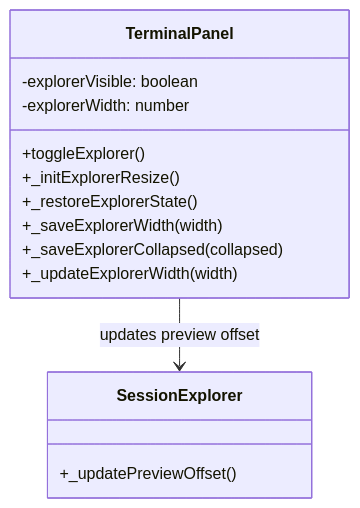
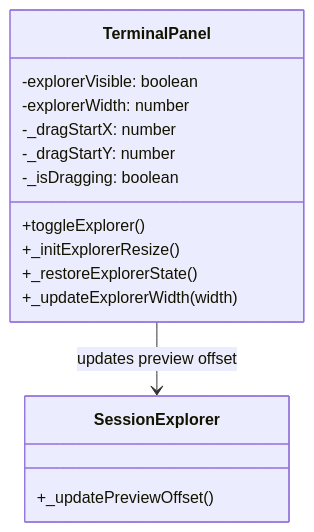
One commit to Young-Z/X-IPE changed the first of 5 diagrams in x-ipe-docs/requirements/EPIC-029/FEATURE-029-D/technical-design.md. Above: the diagram before and after it, drawn with Mermaid. The commit also changed other lines of this file and 10 other files, not shown here.

````diff
--- a/x-ipe-docs/requirements/EPIC-029/FEATURE-029-D/technical-design.md
+++ b/x-ipe-docs/requirements/EPIC-029/FEATURE-029-D/technical-design.md
@@ -66,17 +76,18 @@
 ```mermaid
 classDiagram
     class TerminalPanel {
         -explorerVisible: boolean
         -explorerWidth: number
+        -_dragStartX: number
+        -_dragStartY: number
+        -_isDragging: boolean
         +toggleExplorer()
         +_initExplorerResize()
         +_restoreExplorerState()
-        +_saveExplorerWidth(width)
-        +_saveExplorerCollapsed(collapsed)
         +_updateExplorerWidth(width)
     }
     class SessionExplorer {
         +_updatePreviewOffset()
     }
     TerminalPanel --> SessionExplorer : updates preview offset
 ```
````
